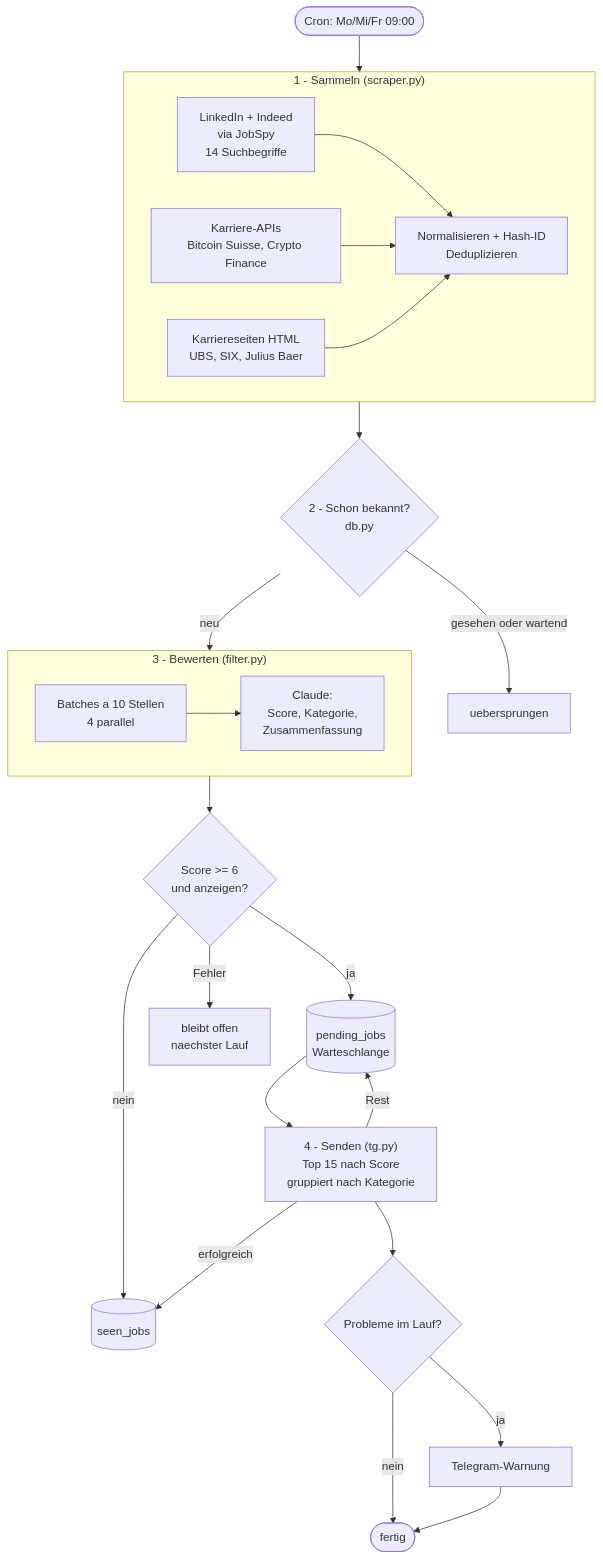
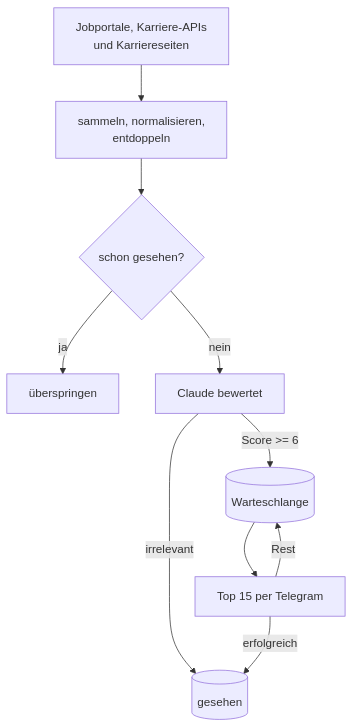
One commit to claudiokoller/job-agent changed the diagram in docs/architecture.md. Above: the diagram before and after it, drawn with Mermaid. The commit also changed other lines of this file and 1 other file, not shown here.

First line of the commit message:
README und Architekturdoku kuerzen

````diff
--- a/docs/architecture.md
+++ b/docs/architecture.md
@@ -10,32 +9,12 @@
 ```mermaid
 flowchart TD
-    START(["Cron: Mo/Mi/Fr 09:00"]) --> SCRAPE
-
-    subgraph SCRAPE ["1 - Sammeln (scraper.py)"]
-        S1["LinkedIn + Indeed<br/>via JobSpy<br/>14 Suchbegriffe"] --> NORM
-        S2["Karriere-APIs<br/>Bitcoin Suisse, Crypto Finance"] --> NORM
-        S3["Karriereseiten HTML<br/>UBS, SIX, Julius Baer"] --> NORM
-        NORM["Normalisieren + Hash-ID<br/>Deduplizieren"]
-    end
-
-    SCRAPE --> DEDUP{"2 - Schon bekannt?<br/>db.py"}
-    DEDUP -->|"gesehen oder wartend"| DROP["uebersprungen"]
-    DEDUP -->|neu| SCORE
-
-    subgraph SCORE ["3 - Bewerten (filter.py)"]
-        B["Batches a 10 Stellen<br/>4 parallel"] --> CLAUDE["Claude:<br/>Score, Kategorie,<br/>Zusammenfassung"]
-    end
-
-    SCORE --> CHECK{"Score >= 6<br/>und anzeigen?"}
-    CHECK -->|nein| SEEN[("seen_jobs")]
-    CHECK -->|ja| PEND[("pending_jobs<br/>Warteschlange")]
-    CHECK -->|Fehler| RETRY["bleibt offen<br/>naechster Lauf"]
-
-    PEND --> SEND["4 - Senden (tg.py)<br/>Top 15 nach Score<br/>gruppiert nach Kategorie"]
-    SEND -->|erfolgreich| SEEN
-    SEND -->|Rest| PEND
-    SEND --> ALERT{"Probleme im Lauf?"}
-    ALERT -->|ja| WARN["Telegram-Warnung"]
-    ALERT -->|nein| END(["fertig"])
-    WARN --> END
+    A["Jobportale, Karriere-APIs<br/>und Karriereseiten"] --> B["sammeln, normalisieren,<br/>entdoppeln"]
+    B --> C{"schon gesehen?"}
+    C -->|ja| D["überspringen"]
+    C -->|nein| E["Claude bewertet"]
+    E -->|"Score >= 6"| F[("Warteschlange")]
+    E -->|irrelevant| G[("gesehen")]
+    F --> H["Top 15 per Telegram"]
+    H -->|erfolgreich| G
+    H -->|Rest| F
 ```
````
